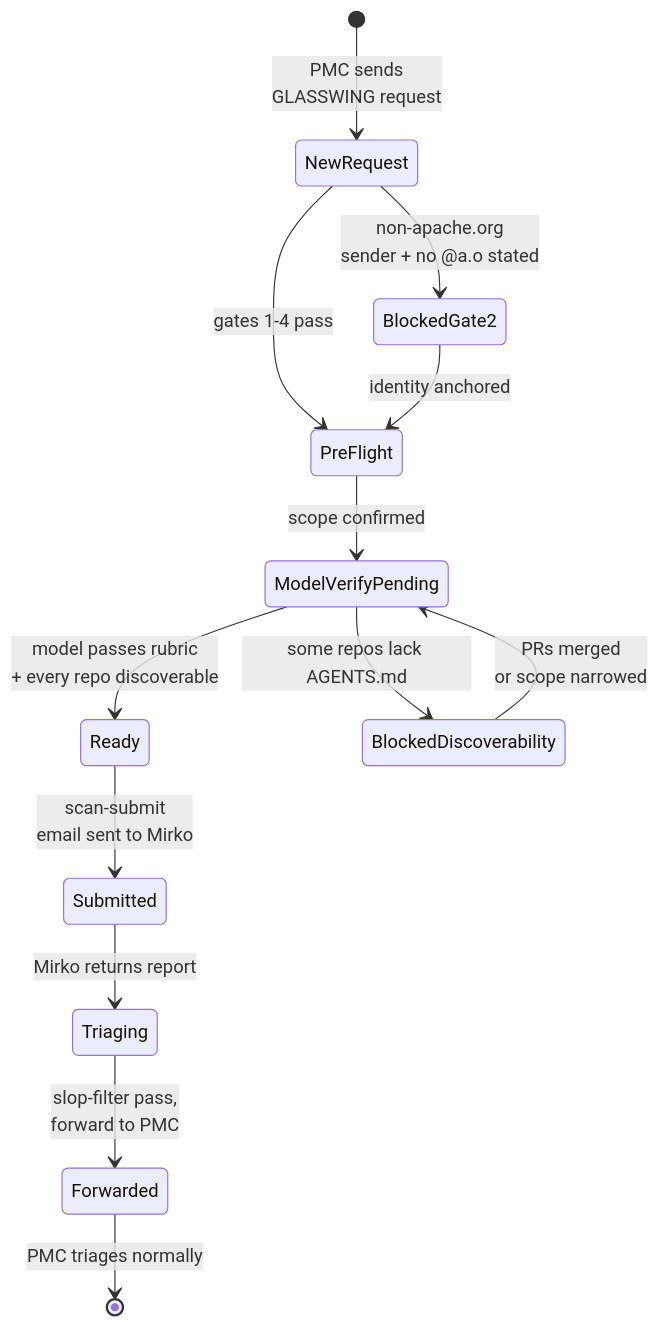
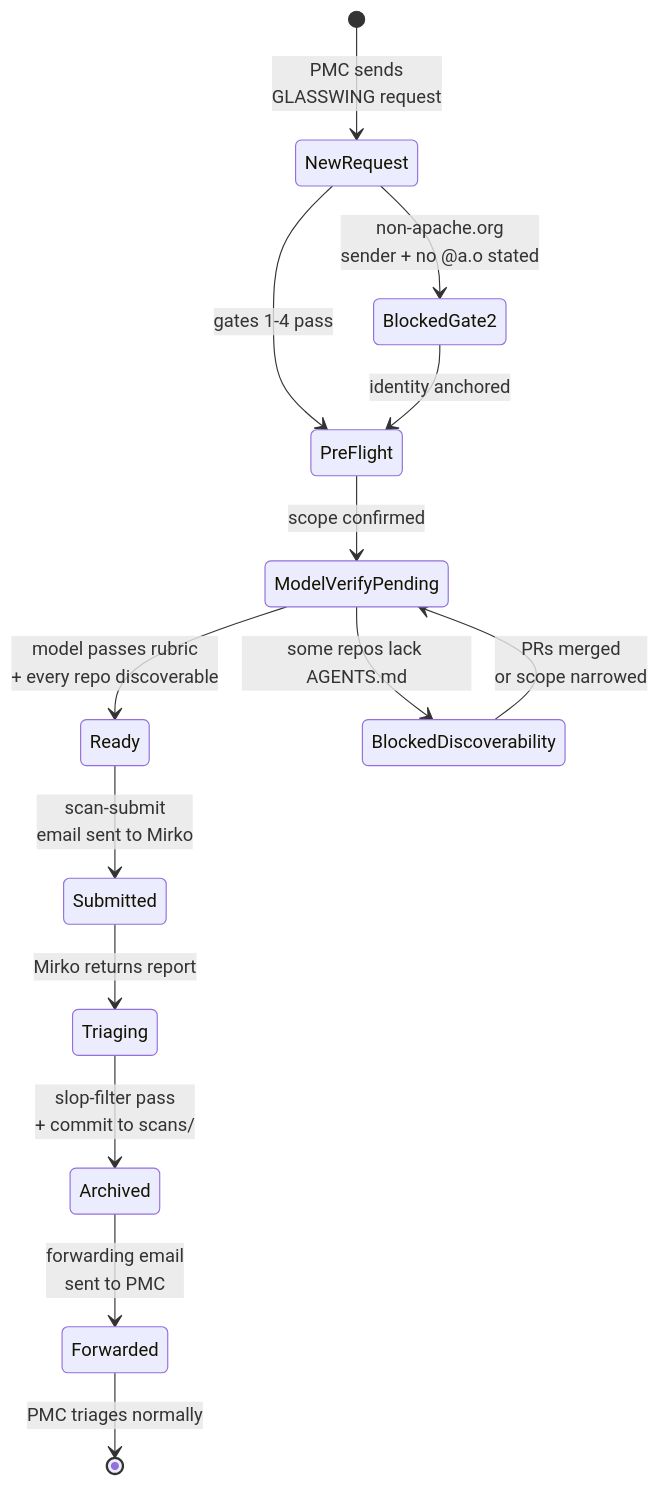
The second of 3 diagrams in README.md (raboof/apache-security-dash), drawn with Mermaid before and after one commit. The commit also changed other lines of this file and 3 other files, not shown here.

First line of the commit message:
Wire scans/ auto-archive into the workflow + diagrams

````diff
--- a/README.md
+++ b/README.md
@@ -80,15 +93,16 @@
 ```mermaid
 stateDiagram-v2
     [*] --> NewRequest: PMC sends<br/>GLASSWING request
     NewRequest --> PreFlight: gates 1-4 pass
     NewRequest --> BlockedGate2: non-apache.org<br/>sender + no @a.o stated
     BlockedGate2 --> PreFlight: identity anchored
     PreFlight --> ModelVerifyPending: scope confirmed
     ModelVerifyPending --> Ready: model passes rubric<br/>+ every repo discoverable
     ModelVerifyPending --> BlockedDiscoverability: some repos lack AGENTS.md
     BlockedDiscoverability --> ModelVerifyPending: PRs merged<br/>or scope narrowed
     Ready --> Submitted: scan-submit<br/>email sent to Mirko
     Submitted --> Triaging: Mirko returns report
-    Triaging --> Forwarded: slop-filter pass,<br/>forward to PMC
+    Triaging --> Archived: slop-filter pass<br/>+ commit to scans/
+    Archived --> Forwarded: forwarding email<br/>sent to PMC
     Forwarded --> [*]: PMC triages normally
 ```
````
